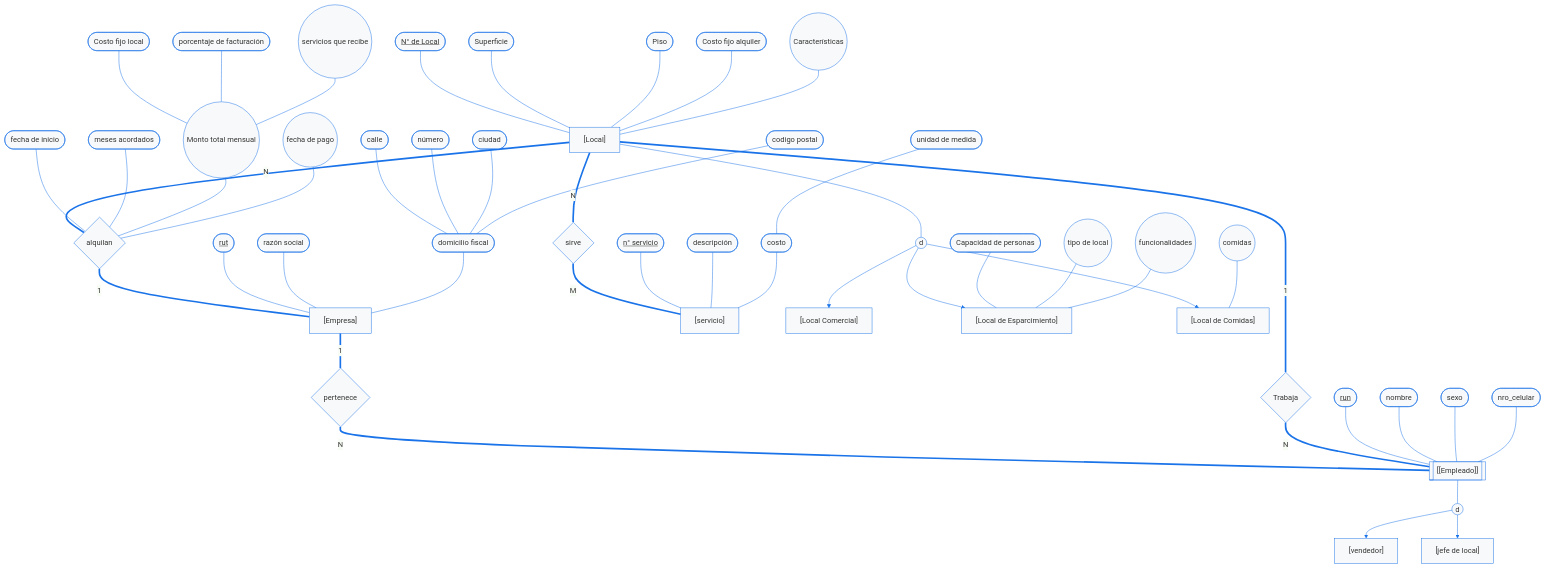
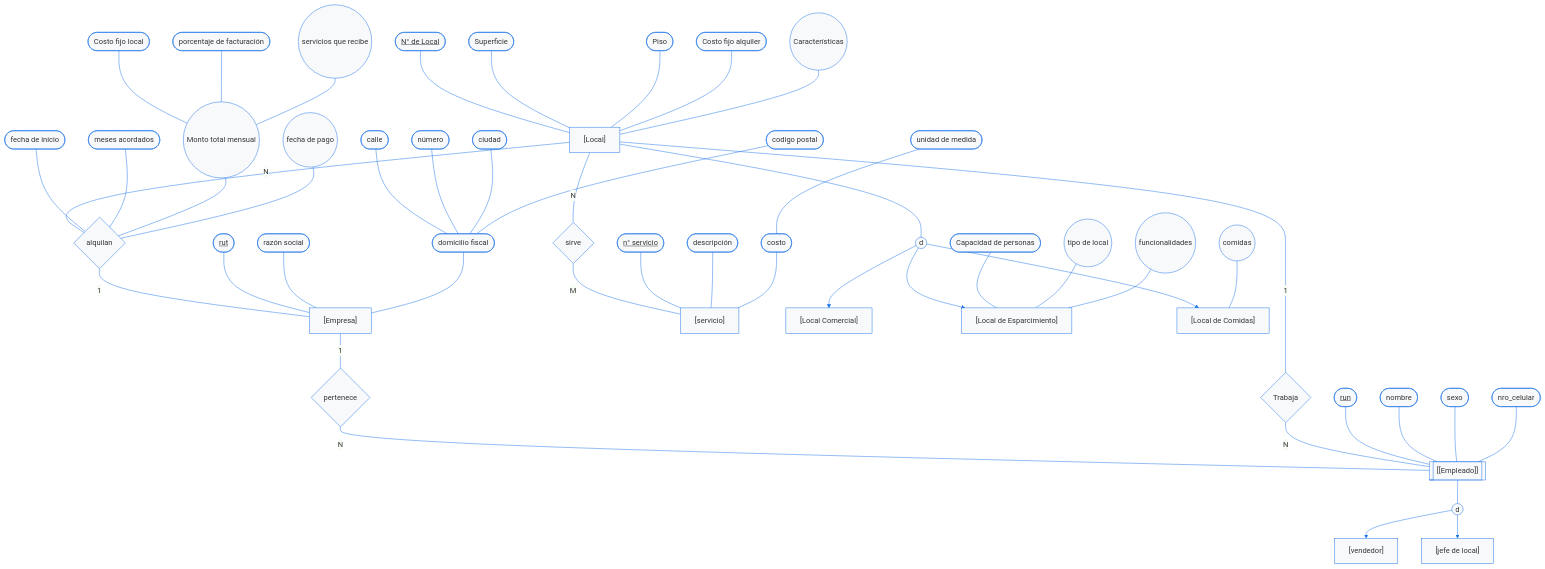
The first of 2 diagrams in Centro_comercial_ER.md (MValenzuelaN/Centro-comercial), drawn with Mermaid before and after one commit. The commit also changed other lines of this file and 13 other files, not shown here.

```diff
--- a/Centro_comercial_ER.md
+++ b/Centro_comercial_ER.md
@@ -55,17 +55,17 @@
     spec_empleado --> jefe_local
 
     %% --- Conexiones Relaciones ---
-    Empresa ===|"1"| pertenece
-    pertenece ===|"N"| Empleado
+    Empresa ---|1| pertenece
+    pertenece ---|N| Empleado
 
-    Local ===|"1"| Trabaja
-    Trabaja ===|"N"| Empleado
+    Local ---|1| Trabaja
+    Trabaja ---|N| Empleado
 
-    Local ===|"N"| sirve
-    sirve ===|"M"| servicio
+    Local ---|N| sirve
+    sirve ---|M| servicio
 
-    Local ===|"N"| alquilan
-    alquilan ===|"1"| Empresa
+    Local ---|N| alquilan
+    alquilan ---|1| Empresa
 
     %% --- Atributos Local ---
     Attr_Local_ID(["<u>N° de Local</u>"]) --- Local
```
